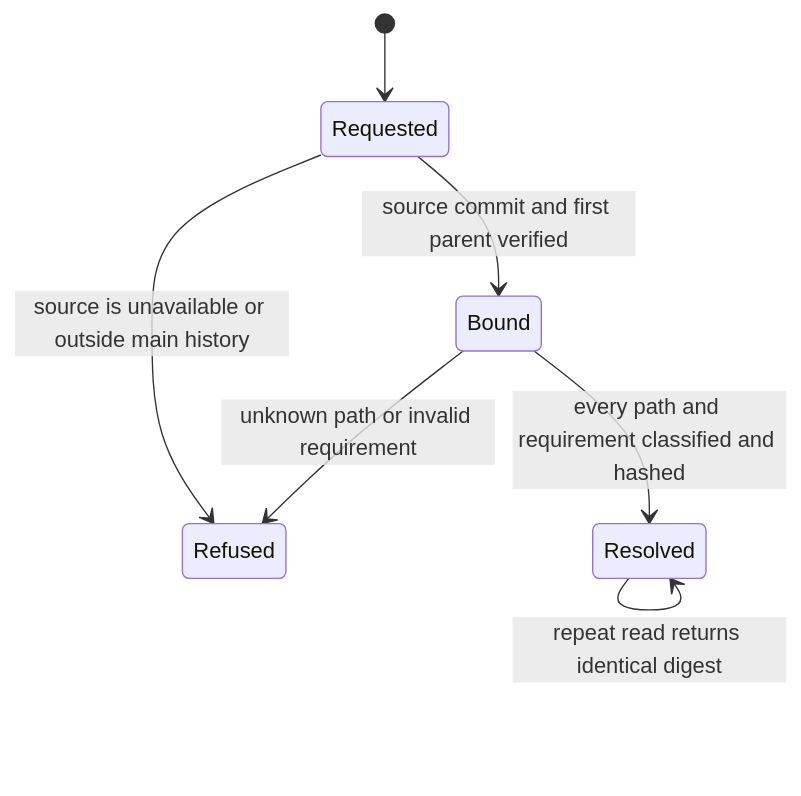
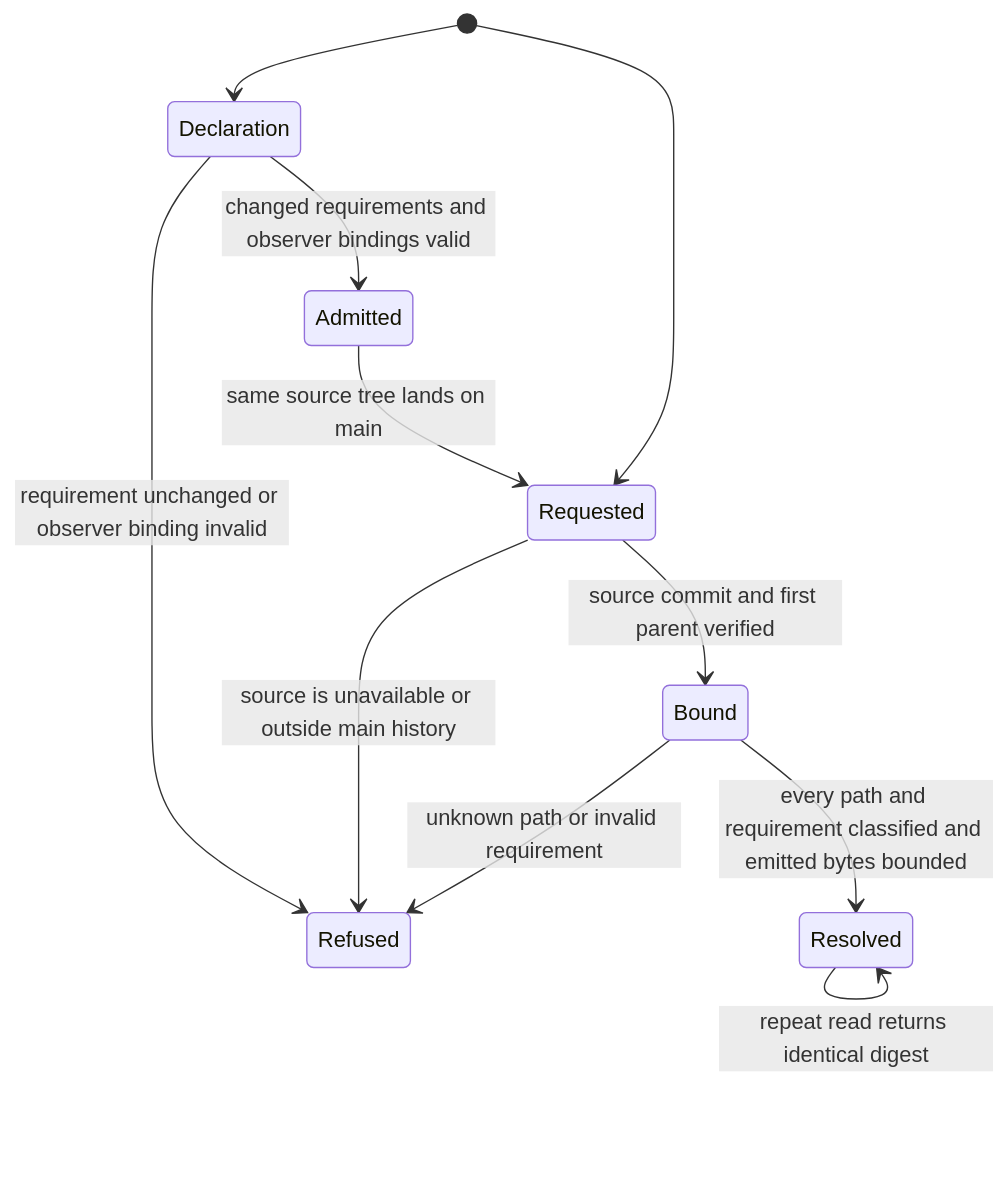
Before and after one commit to DoctorCRE/carr-system: the diagram in docs/delivery/plan-statechart.md, drawn with Mermaid. The commit also changed other lines of this file and 6 other files, not shown here.

First line of the commit message:
fix: align delivery admission bindings and bound canonical CLI output

````diff
--- a/docs/delivery/plan-statechart.md
+++ b/docs/delivery/plan-statechart.md
@@ -3,9 +3,13 @@
 ```mermaid
 stateDiagram-v2
+    [*] --> Declaration
+    Declaration --> Refused: requirement unchanged or observer binding invalid
+    Declaration --> Admitted: changed requirements and observer bindings valid
+    Admitted --> Requested: same source tree lands on main
     [*] --> Requested
     Requested --> Refused: source is unavailable or outside main history
     Requested --> Bound: source commit and first parent verified
     Bound --> Refused: unknown path or invalid requirement
-    Bound --> Resolved: every path and requirement classified and hashed
+    Bound --> Resolved: every path and requirement classified and emitted bytes bounded
     Resolved --> Resolved: repeat read returns identical digest
 ```
````
